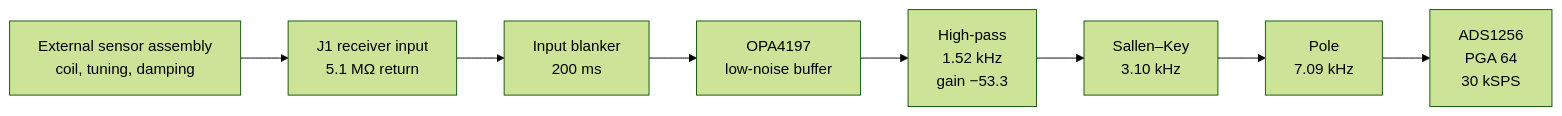
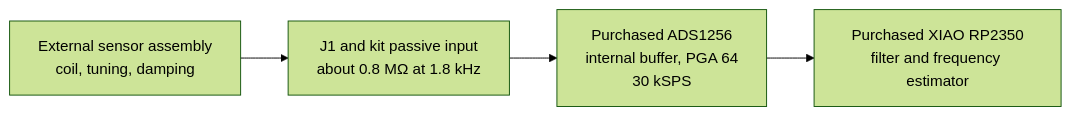
The first of 2 diagrams in docs/receiver-estimator-slides.md (ethanewer/ece455), drawn with Mermaid (forest theme) before and after one commit. The commit also changed other lines of this file and 24 other files, not shown here.

````diff
--- a/docs/receiver-estimator-slides.md
+++ b/docs/receiver-estimator-slides.md
@@ -3,10 +3,6 @@
 ```mermaid
 flowchart LR
-  ext["External sensor assembly\ncoil, tuning, damping"] --> input["J1 receiver input\n5.1 MΩ return"]
-  input --> blank["Input blanker\n200 ms"]
-  blank --> buffer["OPA4197\nlow-noise buffer"]
-  buffer --> hp["High-pass\n1.52 kHz\ngain −53.3"]
-  hp --> lpf["Sallen–Key\n3.10 kHz"]
-  lpf --> pole["Pole\n7.09 kHz"]
-  pole --> adc["ADS1256\nPGA 64\n30 kSPS"]
+  ext["External sensor assembly<br/>coil, tuning, damping"] --> input["J1 and kit passive input<br/>about 0.8 MΩ at 1.8 kHz"]
+  input --> adc["Purchased ADS1256<br/>internal buffer, PGA 64<br/>30 kSPS"]
+  adc --> xiao["Purchased XIAO RP2350<br/>filter and frequency estimator"]
 ```
````
